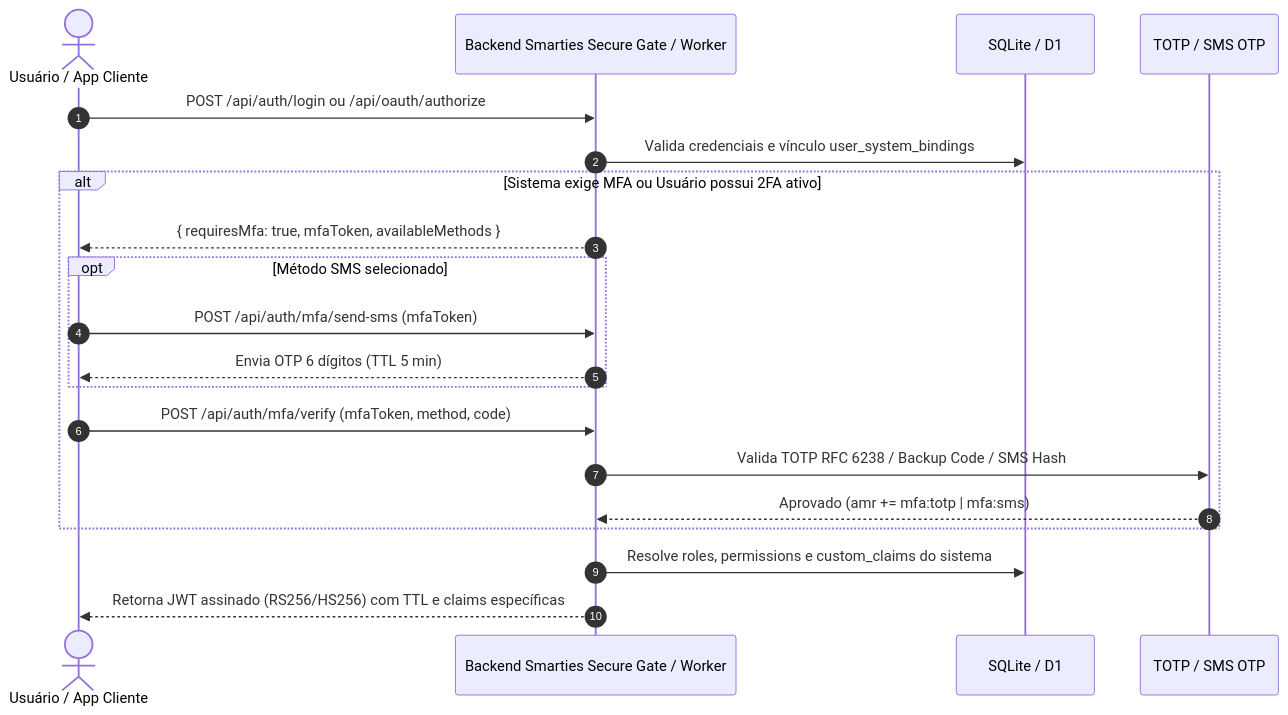
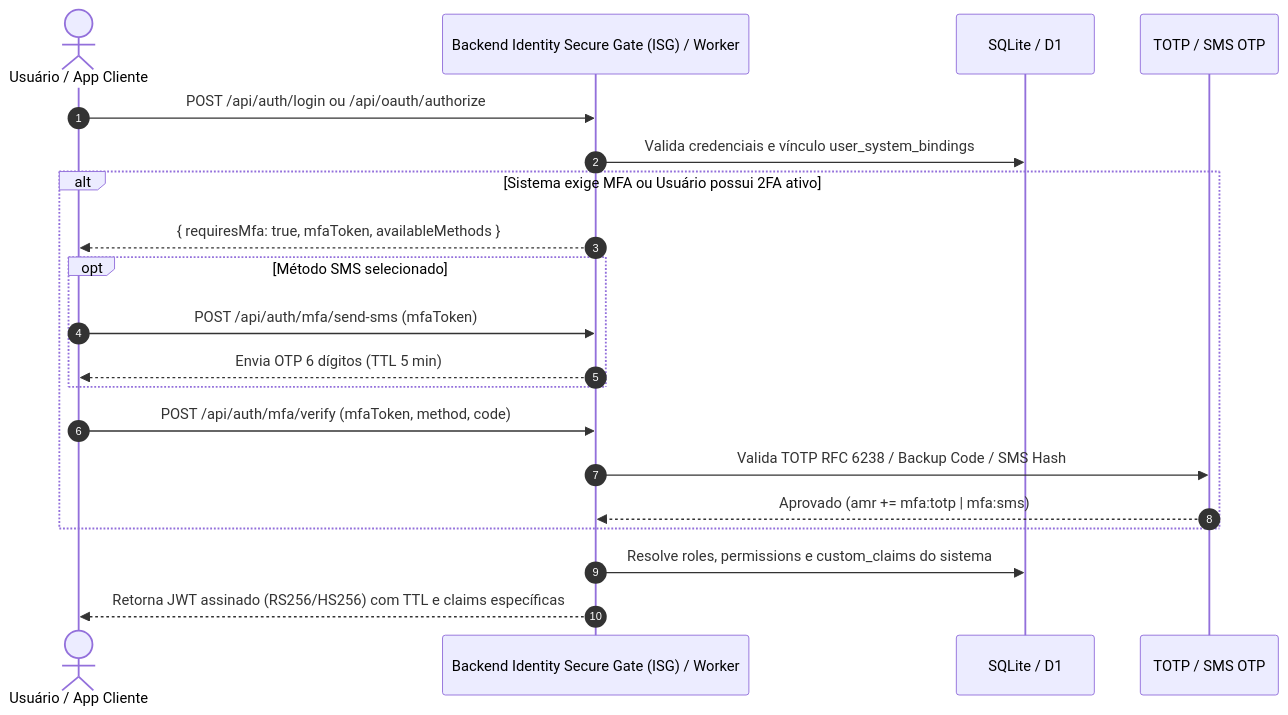
Before and after one commit to smarttargetdev/argus: the second of 4 diagrams in README.md, drawn with Mermaid. The commit also changed other lines of this file and 22 other files, not shown here.

First line of the commit message:
chore: rename project to Identity Secure Gate (ISG)

````diff
--- a/README.md
+++ b/README.md
@@ -202,23 +202,23 @@
 ```mermaid
 sequenceDiagram
     autonumber
     actor U as Usuário / App Cliente
-    participant API as Backend Smarties Secure Gate / Worker
+    participant API as Backend Identity Secure Gate (ISG) / Worker
     participant DB as SQLite / D1
     participant MFA as TOTP / SMS OTP
 
     U->>API: POST /api/auth/login ou /api/oauth/authorize
     API->>DB: Valida credenciais e vínculo user_system_bindings
     alt Sistema exige MFA ou Usuário possui 2FA ativo
         API-->>U: { requiresMfa: true, mfaToken, availableMethods }
         opt Método SMS selecionado
             U->>API: POST /api/auth/mfa/send-sms (mfaToken)
             API-->>U: Envia OTP 6 dígitos (TTL 5 min)
         end
         U->>API: POST /api/auth/mfa/verify (mfaToken, method, code)
         API->>MFA: Valida TOTP RFC 6238 / Backup Code / SMS Hash
         MFA-->>API: Aprovado (amr += mfa:totp | mfa:sms)
     end
     API->>DB: Resolve roles, permissions e custom_claims do sistema
     API-->>U: Retorna JWT assinado (RS256/HS256) com TTL e claims específicas
 ```
````
